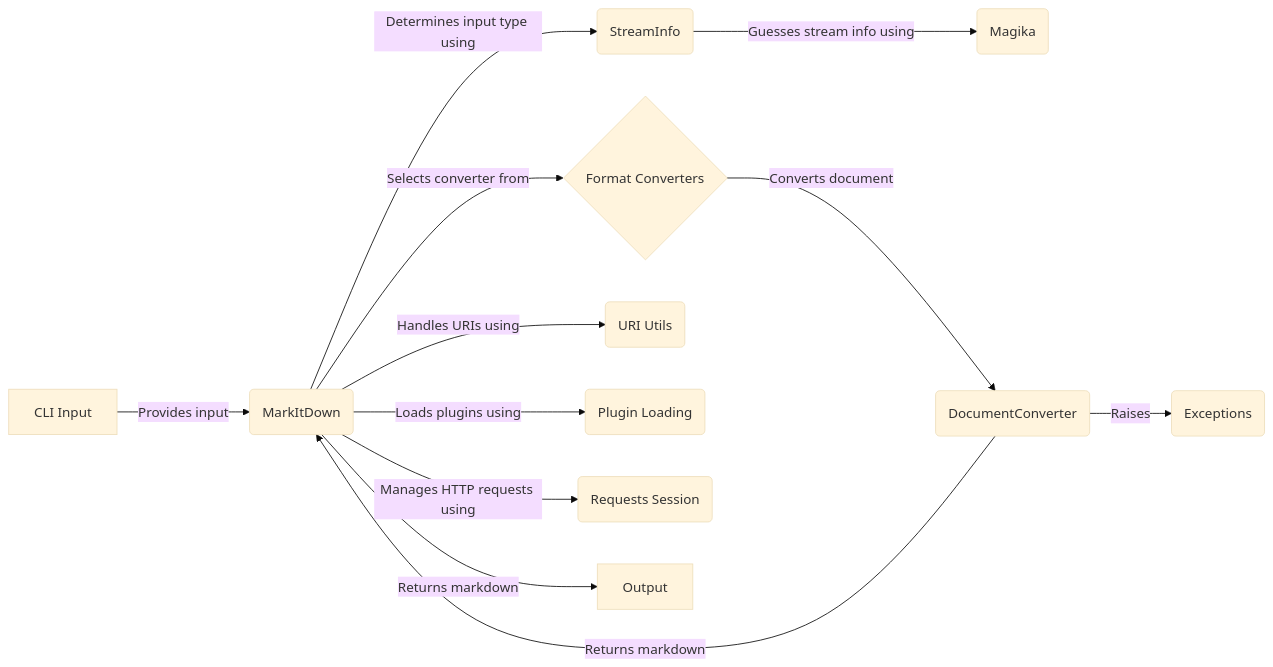
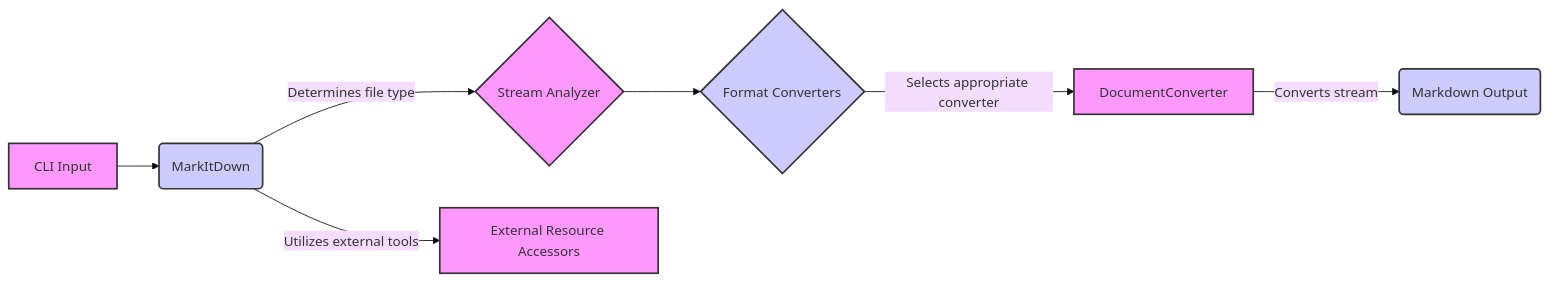
Before and after one commit to CodeBoarding/GeneratedOnBoardings: the diagram in markitdown/Core Conversion Manager.md, drawn with Mermaid (base theme). The commit also changed other lines of this file and 8 other files, not shown here.

````diff
--- a/markitdown/Core Conversion Manager.md
+++ b/markitdown/Core Conversion Manager.md
@@ -1,16 +1,19 @@
 ```mermaid
 graph LR
-    A[CLI Input] -- Provides input --> B(MarkItDown) 
-    B -- Determines input type using --> C(StreamInfo) 
-    C -- Guesses stream info using --> D(Magika)
-    B -- Selects converter from --> E{Format Converters}
-    E -- Converts document --> F(DocumentConverter)
-    B -- Handles URIs using --> G("URI Utils")
-    B -- Loads plugins using --> H("Plugin Loading")
-    B -- Manages HTTP requests using --> I("Requests Session")
-    F -- Raises --> J(Exceptions)
-    F -- Returns markdown --> B
-    B -- Returns markdown --> K[Output]
+    A[CLI Input] --> B(MarkItDown); 
+    B -- Determines file type --> C{Stream Analyzer};
+    C --> D{Format Converters};
+    D -- Selects appropriate converter --> E[DocumentConverter];
+    E -- Converts stream --> F(Markdown Output);
+    B -- Utilizes external tools --> G[External Resource Accessors];
+
+    style A fill:#f9f,stroke:#333,stroke-width:2px
+    style B fill:#ccf,stroke:#333,stroke-width:2px
+    style C fill:#f9f,stroke:#333,stroke-width:2px
+    style D fill:#ccf,stroke:#333,stroke-width:2px
+    style E fill:#f9f,stroke:#333,stroke-width:2px
+    style F fill:#ccf,stroke:#333,stroke-width:2px
+    style G fill:#f9f,stroke:#333,stroke-width:2px
 
 
 ```
````
